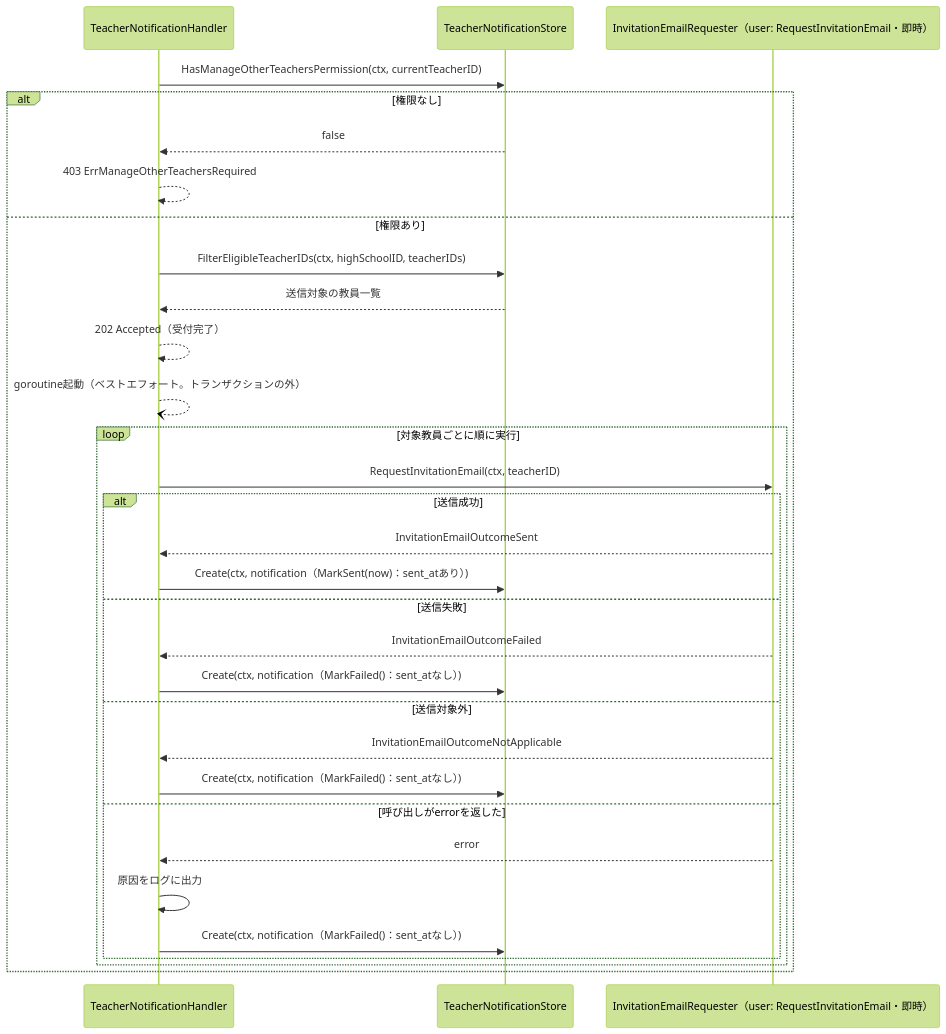
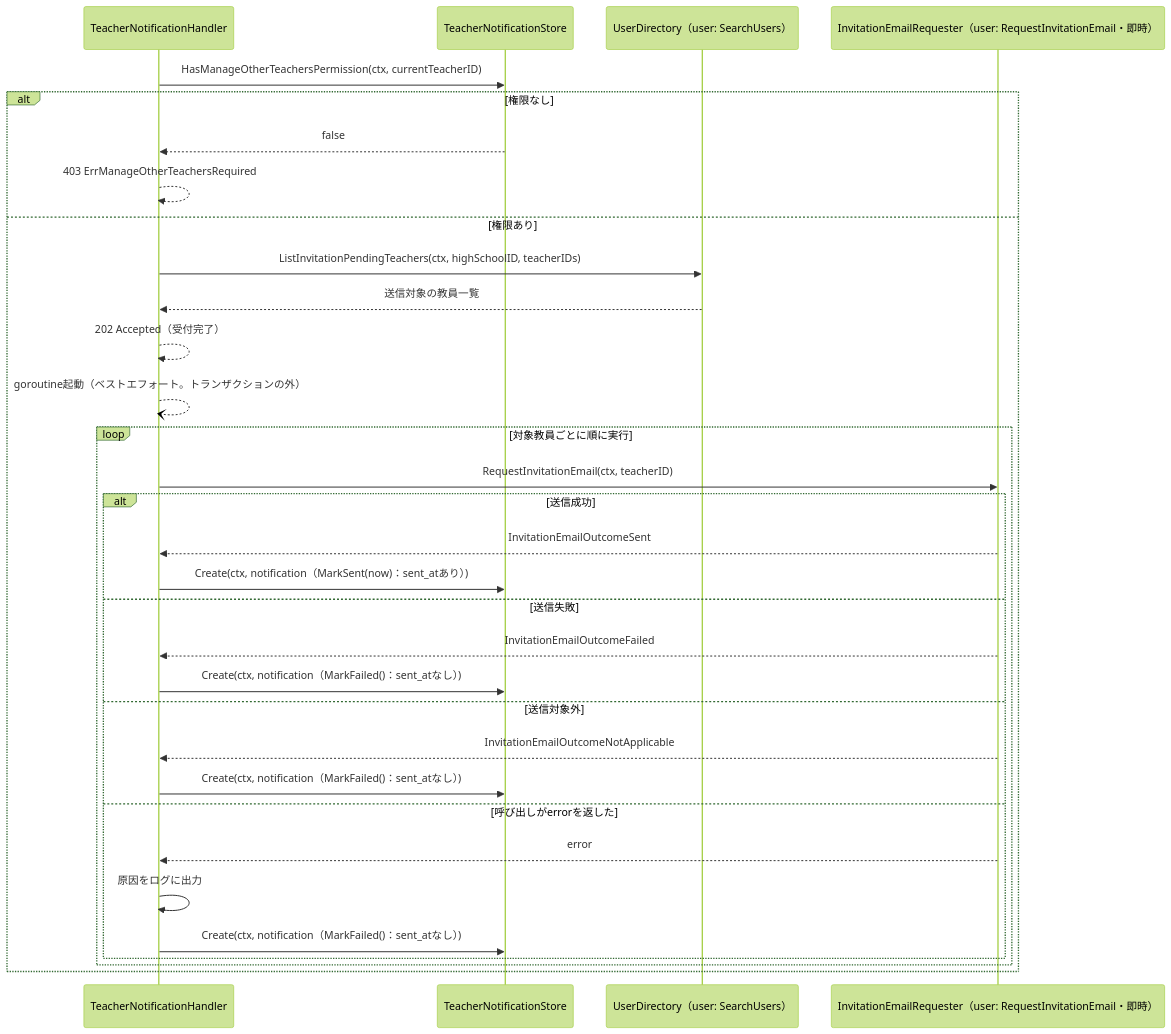
One commit to yuta20253/edu-platform-go-design changed the second of 2 diagrams in 計画書/Go実装仕様書/教員招待通知機能_Go実装仕様書.md. Above: the diagram before and after it, drawn with Mermaid (forest theme). The commit also changed other lines of this file and 3 other files, not shown here.

````diff
--- a/計画書/Go実装仕様書/教員招待通知機能_Go実装仕様書.md
+++ b/計画書/Go実装仕様書/教員招待通知機能_Go実装仕様書.md
@@ -187,34 +192,35 @@
 ```mermaid
 sequenceDiagram
     participant H as TeacherNotificationHandler
     participant S as TeacherNotificationStore
+    participant D as UserDirectory（user: SearchUsers）
     participant R as InvitationEmailRequester（user: RequestInvitationEmail・即時）
 
     H->>S: HasManageOtherTeachersPermission(ctx, currentTeacherID)
     alt 権限なし
         S-->>H: false
         H-->>H: 403 ErrManageOtherTeachersRequired
     else 権限あり
-        H->>S: FilterEligibleTeacherIDs(ctx, highSchoolID, teacherIDs)
-        S-->>H: 送信対象の教員一覧
+        H->>D: ListInvitationPendingTeachers(ctx, highSchoolID, teacherIDs)
+        D-->>H: 送信対象の教員一覧
         H-->>H: 202 Accepted（受付完了）
         H--)H: goroutine起動（ベストエフォート。トランザクションの外）
         loop 対象教員ごとに順に実行
             H->>R: RequestInvitationEmail(ctx, teacherID)
             alt 送信成功
                 R-->>H: InvitationEmailOutcomeSent
                 H->>S: Create(ctx, notification（MarkSent(now)：sent_atあり）)
             else 送信失敗
                 R-->>H: InvitationEmailOutcomeFailed
                 H->>S: Create(ctx, notification（MarkFailed()：sent_atなし）)
             else 送信対象外
                 R-->>H: InvitationEmailOutcomeNotApplicable
                 H->>S: Create(ctx, notification（MarkFailed()：sent_atなし）)
             else 呼び出しがerrorを返した
                 R-->>H: error
                 H->>H: 原因をログに出力
                 H->>S: Create(ctx, notification（MarkFailed()：sent_atなし）)
             end
         end
     end
 ```
````
